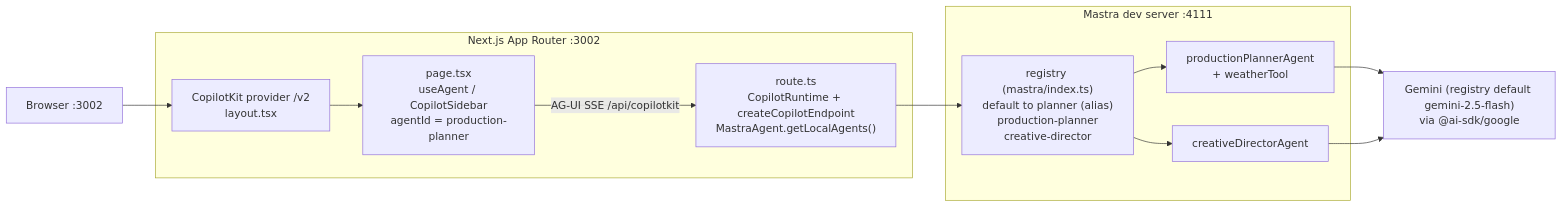
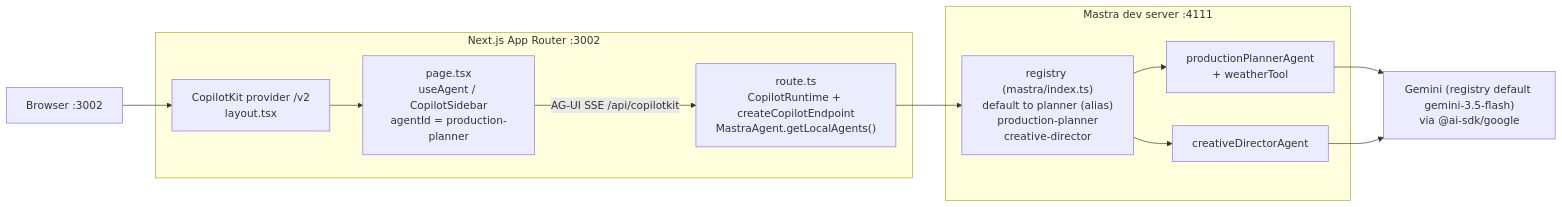
Before and after one commit to amo-tech-ai/lumina-studio: the first of 2 diagrams in app/AGENTS.md, drawn with Mermaid. The commit also changed other lines of this file and 3 other files, not shown here.

First line of the commit message:
fix: harden Gemini model registry defaults

````diff
--- a/app/AGENTS.md
+++ b/app/AGENTS.md
@@ -15,23 +15,23 @@
 ```mermaid
 flowchart LR
   Browser["Browser :3002"]
   subgraph Next["Next.js App Router :3002"]
     Provider["CopilotKit provider /v2<br/>layout.tsx"]
     Page["page.tsx<br/>useAgent / CopilotSidebar<br/>agentId = production-planner"]
     Route["route.ts<br/>CopilotRuntime + createCopilotEndpoint<br/>MastraAgent.getLocalAgents()"]
   end
   subgraph Mastra["Mastra dev server :4111"]
     Registry["registry (mastra/index.ts)<br/>default to planner (alias)<br/>production-planner<br/>creative-director"]
     PP["productionPlannerAgent<br/>+ weatherTool"]
     CD["creativeDirectorAgent"]
   end
-  Gemini["Gemini (registry default gemini-2.5-flash)<br/>via @ai-sdk/google"]
+  Gemini["Gemini (registry default gemini-3.5-flash)<br/>via @ai-sdk/google"]
 
   Browser --> Provider --> Page
   Page -->|"AG-UI SSE /api/copilotkit"| Route
   Route --> Registry
   Registry --> PP
   Registry --> CD
   PP --> Gemini
   CD --> Gemini
 ```
````
